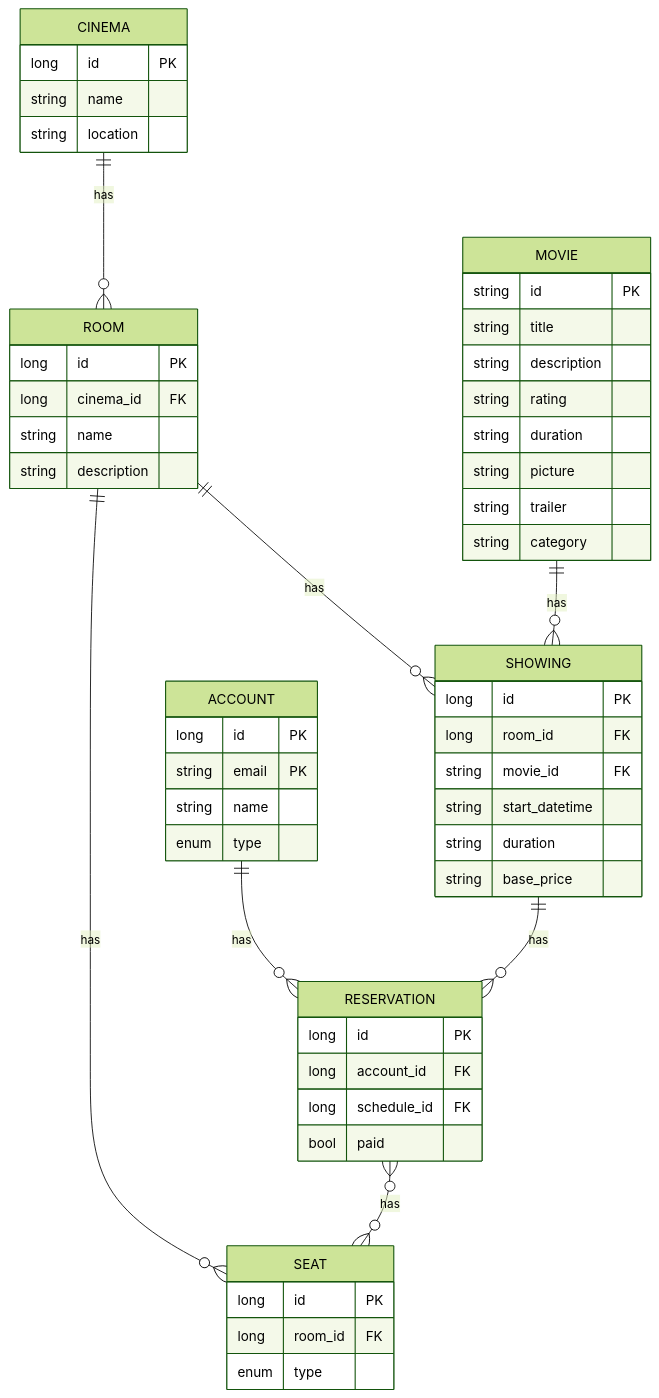
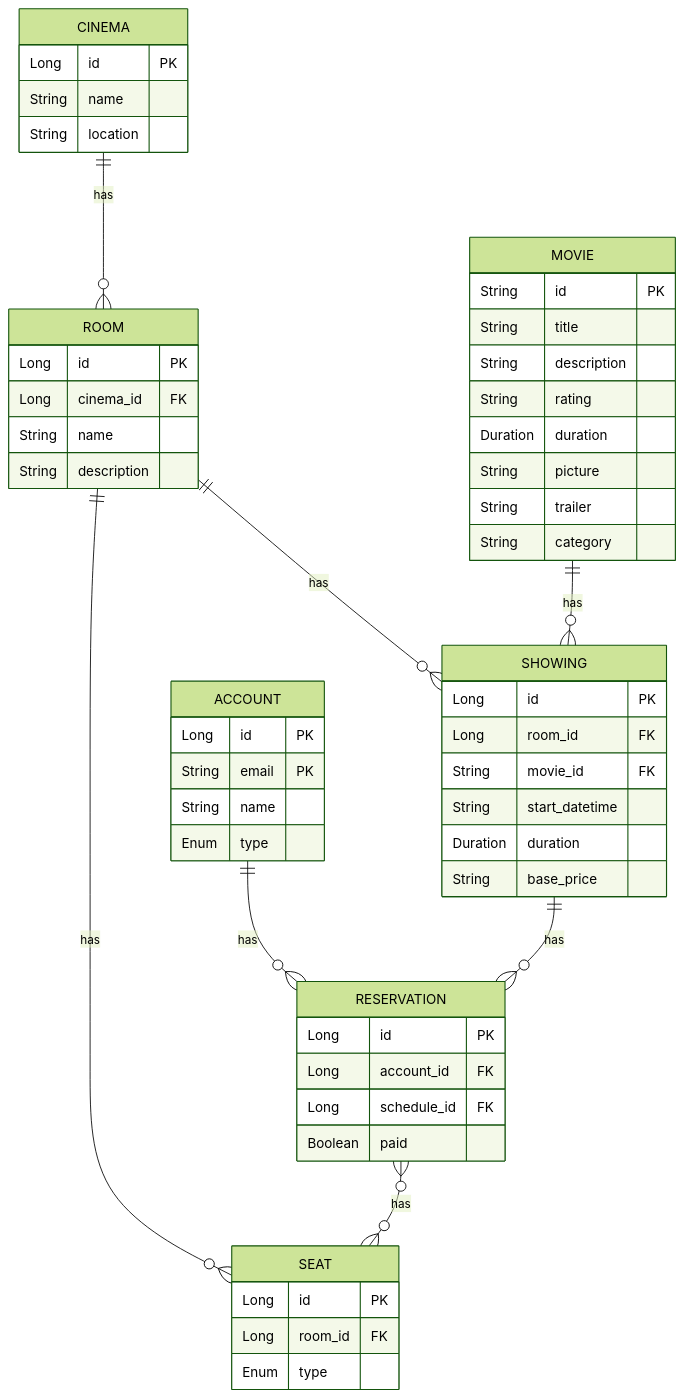
The diagram in miscelaneous/er-diagram.md (Krakkerz/Optimaxx-Backend), drawn with Mermaid (forest theme) before and after one commit.

````diff
--- a/miscelaneous/er-diagram.md
+++ b/miscelaneous/er-diagram.md
@@ -3,71 +3,71 @@
 ```mermaid
 erDiagram
     CINEMA ||--o{ ROOM : has
     ROOM ||--o{ SEAT : has
     RESERVATION }o--o{ SEAT : has
     MOVIE ||--o{ SHOWING : has
     ROOM ||--o{ SHOWING : has
     SHOWING ||--o{ RESERVATION : has
     ACCOUNT ||--o{ RESERVATION : has  
     
     CINEMA {
-        long id PK
+        Long id PK
         
-        string name
-        string location
+        String name
+        String location
     }
     
     ROOM {
-        long id PK
-        long cinema_id FK
+        Long id PK
+        Long cinema_id FK
         
-        string name
-        string description
+        String name
+        String description
     }
     
     SEAT {
-        long id PK
-        long room_id FK
+        Long id PK
+        Long room_id FK
         
-        enum type
+        Enum type
     }
     
     MOVIE {
-        string id PK
+        String id PK
         
-        string title
-        string description
-        string rating
-        string duration
-        string picture
-        string trailer
-        string category
+        String title
+        String description
+        String rating
+        Duration duration
+        String picture
+        String trailer
+        String category
     }
     
     SHOWING {
-        long id PK
-        long room_id FK
-        string movie_id FK
+        Long id PK
+        Long room_id FK
+        String movie_id FK
         
-        string start_datetime
-        string duration
-        string base_price
+        String start_datetime
+        Duration duration
+        String base_price
     }
     
     RESERVATION {
-        long id PK
-        long account_id FK
-        long schedule_id FK
+        Long id PK
+        Long account_id FK
+        Long schedule_id FK
         
-        bool paid
+        Boolean paid
     }
     
     ACCOUNT {
-        long id PK
-        string email PK
+        Long id PK
+        String email PK
         
-        string name
-        enum type
+        String name
+        Enum type
     }
 
 ```
````
